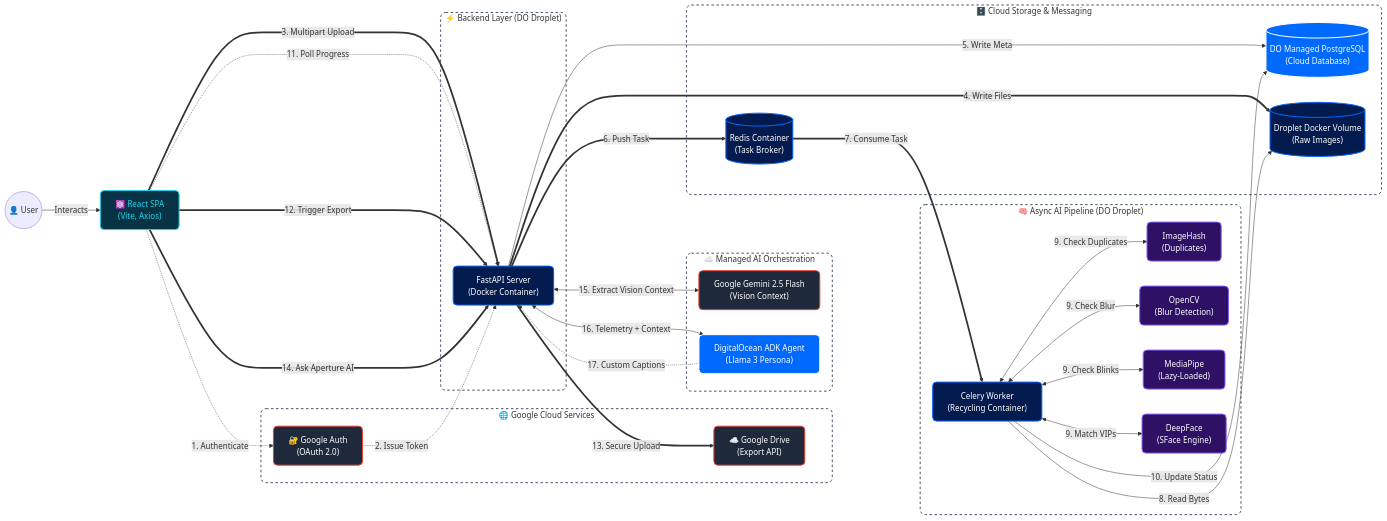
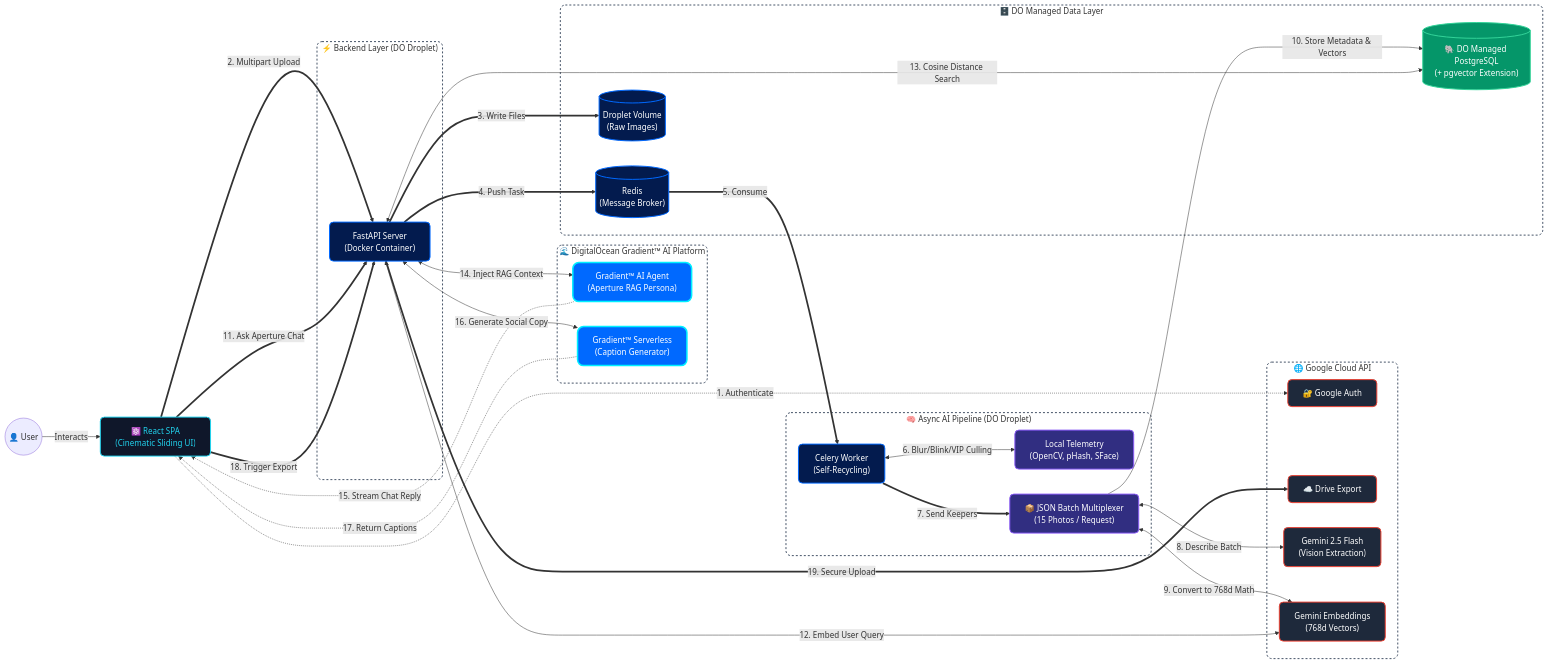
One commit to PranavS1604/photo_curator changed the diagram in README.md. Above: the diagram before and after it, drawn with Mermaid. The commit also changed other lines of this file and 6 other files, not shown here.

Commit message:
feat: integrate DO Gradient AI, pgvector semantic search, batch vision multiplexing, and cinematic UI

````diff
--- a/README.md
+++ b/README.md
@@ -138,80 +121,80 @@
 ```mermaid
 flowchart LR
   %% --- DIGITALOCEAN & BRAND COLOR PALETTE ---
-  classDef doManaged fill:#0069ff,stroke:#ffffff,stroke-width:2px,color:#ffffff,rx:8px
+  %% Official DO Blue: #0069ff, DO Navy: #031b4e
+  classDef doGradient fill:#0069ff,stroke:#00f0ff,stroke-width:3px,color:#ffffff,rx:12px
   classDef doDroplet fill:#031b4e,stroke:#0069ff,stroke-width:2px,color:#ffffff,rx:8px
+  classDef doDB fill:#059669,stroke:#34d399,stroke-width:2px,color:#ffffff,rx:8px
   classDef google fill:#1e293b,stroke:#ea4335,stroke-width:2px,color:#ffffff,rx:8px
-  classDef aiTask fill:#2e1065,stroke:#8b5cf6,stroke-width:2px,color:#ffffff,rx:8px
-  classDef reactUI fill:#083344,stroke:#22d3ee,stroke-width:2px,color:#22d3ee,rx:8px
-  classDef cluster fill:none,stroke:#475569,stroke-width:2px,stroke-dasharray: 5 5,rx:10px
+  classDef aiTask fill:#312e81,stroke:#8b5cf6,stroke-width:2px,color:#ffffff,rx:8px
+  classDef reactUI fill:#0f172a,stroke:#22d3ee,stroke-width:2px,color:#22d3ee,rx:8px
+  classDef cluster fill:none,stroke:#475569,stroke-width:2px,stroke-dasharray: 4 4,rx:10px
 
   %% --- SYSTEM NODES ---
   User(("👤 User"))
-  UI["⚛️ React SPA<br/>(Vite, Axios)"]:::reactUI
+  UI["⚛️ React SPA<br/>(Cinematic Sliding UI)"]:::reactUI
 
-  subgraph External ["🌐 Google Cloud Services"]
-    OAuth["🔐 Google Auth<br/>(OAuth 2.0)"]:::google
-    Drive["☁️ Google Drive<br/>(Export API)"]:::google
+  subgraph GoogleCloud ["🌐 Google Cloud API"]
+    OAuth["🔐 Google Auth"]:::google
+    Drive["☁️ Drive Export"]:::google
+    GeminiVision["Gemini 2.5 Flash<br/>(Vision Extraction)"]:::google
+    GeminiEmbed["Gemini Embeddings<br/>(768d Vectors)"]:::google
   end
 
-  subgraph CloudAI ["☁️ Managed AI Orchestration"]
-    Gemini["Google Gemini 2.5 Flash<br/>(Vision Context)"]:::google
-    DO_ADK["DigitalOcean ADK Agent<br/>(Llama 3 Persona)"]:::doManaged
+  subgraph GradientAI ["🌊 DigitalOcean Gradient™ AI Platform"]
+    DO_Agent["Gradient™ AI Agent<br/>(Aperture RAG Persona)"]:::doGradient
+    DO_Inference["Gradient™ Serverless<br/>(Caption Generator)"]:::doGradient
   end
 
   subgraph Backend ["⚡ Backend Layer (DO Droplet)"]
     API["FastAPI Server<br/>(Docker Container)"]:::doDroplet
   end
 
-  subgraph DataLayer ["🗄️ Cloud Storage & Messaging"]
-    Broker[("Redis Container<br/>(Task Broker)")]:::doDroplet
-    DB[("DO Managed PostgreSQL<br/>(Cloud Database)")]:::doManaged
-    Disk[("Droplet Docker Volume<br/>(Raw Images)")]:::doDroplet
+  subgraph DataLayer ["🗄️ DO Managed Data Layer"]
+    Broker[("Redis<br/>(Message Broker)")]:::doDroplet
+    DB[("🐘 DO Managed PostgreSQL<br/>(+ pgvector Extension)")]:::doDB
+    Disk[("Droplet Volume<br/>(Raw Images)")]:::doDroplet
   end
 
   subgraph AIEngine ["🧠 Async AI Pipeline (DO Droplet)"]
-    Celery["Celery Worker<br/>(Recycling Container)"]:::doDroplet
-    Hash["ImageHash<br/>(Duplicates)"]:::aiTask
-    CV["OpenCV<br/>(Blur Detection)"]:::aiTask
-    MP["MediaPipe<br/>(Lazy-Loaded)"]:::aiTask
-    DF["DeepFace<br/>(SFace Engine)"]:::aiTask
+    Celery["Celery Worker<br/>(Self-Recycling)"]:::doDroplet
+    Telemetry["Local Telemetry<br/>(OpenCV, pHash, SFace)"]:::aiTask
+    Batcher["📦 JSON Batch Multiplexer<br/>(15 Photos / Request)"]:::aiTask
   end
 
   %% --- WORKFLOW ROUTING ---
   
-  %% 1. Auth Flow
+  %% 1. Upload Flow
   User -->|"Interacts"| UI
   UI -.->|"1. Authenticate"| OAuth
-  OAuth -.->|"2. Issue Token"| API
+  UI ==>|"2. Multipart Upload"| API
+  API ==>|"3. Write Files"| Disk
+  API ==>|"4. Push Task"| Broker
   
-  %% 2. Heavy Data Flow
-  UI ==>|"3. Multipart Upload"| API
-  API ==>|"4. Write Files"| Disk
-  API --->|"5. Write Meta"| DB
-  API ==>|"6. Push Task"| Broker
+  %% 2. Async Culling Flow (Local)
+  Broker ==>|"5. Consume"| Celery
+  Celery <-->|"6. Blur/Blink/VIP Culling"| Telemetry
+  Celery ==>|"7. Send Keepers"| Batcher
+
+  %% 3. Batch Vision & Vectorization
+  Batcher <-->|"8. Describe Batch"| GeminiVision
+  Batcher <-->|"9. Convert to 768d Math"| GeminiEmbed
+  Batcher --->|"10. Store Metadata & Vectors"| DB
+
+  %% 4. Agentic RAG & Copywriting (The Gradient Magic)
+  UI ==>|"11. Ask Aperture Chat"| API
+  API <-->|"12. Embed User Query"| GeminiEmbed
+  API <-->|"13. Cosine Distance Search"| DB
+  API <-->|"14. Inject RAG Context"| DO_Agent
+  DO_Agent -.->|"15. Stream Chat Reply"| UI
   
-  %% 3. Async Processing Flow
-  Broker ==>|"7. Consume Task"| Celery
-  Celery --->|"8. Read Bytes"| Disk
-  
-  %% 4. AI Processing
-  Celery <-->|"9. Check Duplicates"| Hash
-  Celery <-->|"9. Check Blur"| CV
-  Celery <-->|"9. Check Blinks"| MP
-  Celery <-->|"9. Match VIPs"| DF
-  
-  %% 5. Resolution & Export
-  Celery --->|"10. Update Status"| DB
-  UI -.->|"11. Poll Progress"| API
-  UI ==>|"12. Trigger Export"| API
-  API ==>|"13. Secure Upload"| Drive
+  API <-->|"16. Generate Social Copy"| DO_Inference
+  DO_Inference -.->|"17. Return Captions"| UI
 
-  %% 6. Multi-Agent Orchestration
-  UI ==>|"14. Ask Aperture AI"| API
-  API <-->|"15. Extract Vision Context"| Gemini
-  API <-->|"16. Telemetry + Context"| DO_ADK
-  DO_ADK -.->|"17. Custom Captions"| API
+  %% 5. Export
+  UI ==>|"18. Trigger Export"| API
+  API ==>|"19. Secure Upload"| Drive
 
-  %% Apply cluster styling to subgraphs
-  class External,Backend,DataLayer,AIEngine,CloudAI cluster
+  %% Apply cluster styling
+  class GoogleCloud,Backend,DataLayer,AIEngine,GradientAI cluster
 ```
````
